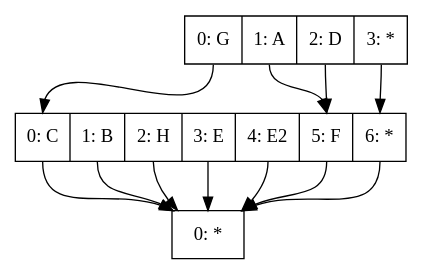
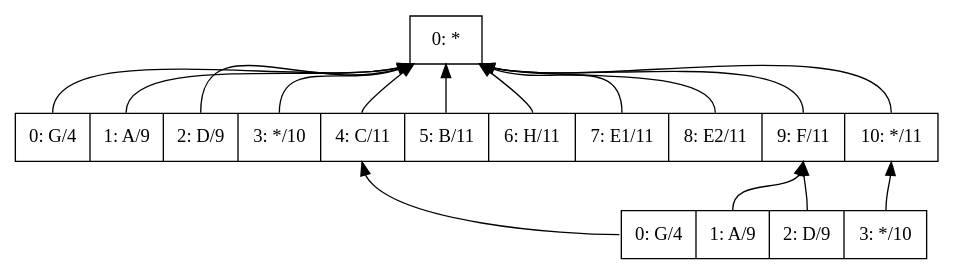
The diagram in C5.Tests/intervaled/data/layered_containment_list.gv (lundmikkel/C5), drawn with Graphviz before and after one commit. The commit also changed 7 other files, not shown here.

Commit message:
Adds LayeredContainmentList2 and 3 which is a interval + another pointer array, and a 1D solution.

```diff
--- a/C5.Tests/intervaled/data/layered_containment_list.gv
+++ b/C5.Tests/intervaled/data/layered_containment_list.gv
@@ -1,20 +1,25 @@
-digraph LayeredContainmentList {
+digraph LayeredContainmentList3 {
+	rankdir=BT;
 	node [shape=record];
 
-	layer0 [fontname=consola, label="<n0> 0: G|<n1> 1: A|<n2> 2: D|<n3> 3: *"];
-	layer0:n0 -> layer1:n0;
-	layer0:n1 -> layer1:n5;
-	layer0:n2 -> layer1:n5;
-	layer0:n3 -> layer1:n6;
+	layer0 [fontname=consola, label="<n0> 0: G/4|<n1> 1: A/9|<n2> 2: D/9|<n3> 3: */10"];
+	layer0:n0 -> layer1:n4;
+	layer0:n1 -> layer1:n9;
+	layer0:n2 -> layer1:n9;
+	layer0:n3 -> layer1:n10;
 	
-	layer1 [fontname=consola, label="<n0> 0: C|<n1> 1: B|<n2> 2: H|<n3> 3: E|<n4> 4: E2|<n5> 5: F|<n6> 6: *"];
-	layer1:n0 -> layer2:n0;
-	layer1:n1 -> layer2:n0;
-	layer1:n2 -> layer2:n0;
-	layer1:n3 -> layer2:n0;
-	layer1:n4 -> layer2:n0;
-	layer1:n5 -> layer2:n0;
-	layer1:n6 -> layer2:n0;
+	layer1 [fontname=consola, label="<n0> 0: G/4|<n1> 1: A/9|<n2> 2: D/9|<n3> 3: */10|<n4> 4: C/11|<n5> 5: B/11|<n6> 6: H/11|<n7> 7: E1/11|<n8> 8: E2/11|<n9> 9: F/11|<n10> 10: */11"];
+	layer1:n0 -> layer2:n4;
+	layer1:n1 -> layer2:n9;
+	layer1:n2 -> layer2:n9;
+	layer1:n3 -> layer2:n10;
+	layer1:n4 -> layer2:n11;
+	layer1:n5 -> layer2:n11;
+	layer1:n6 -> layer2:n11;
+	layer1:n7 -> layer2:n11;
+	layer1:n8 -> layer2:n11;
+	layer1:n9 -> layer2:n11;
+	layer1:n10 -> layer2:n11;
 	
 	layer2 [fontname=consola, label="<n0> 0: *"];
 }
```
